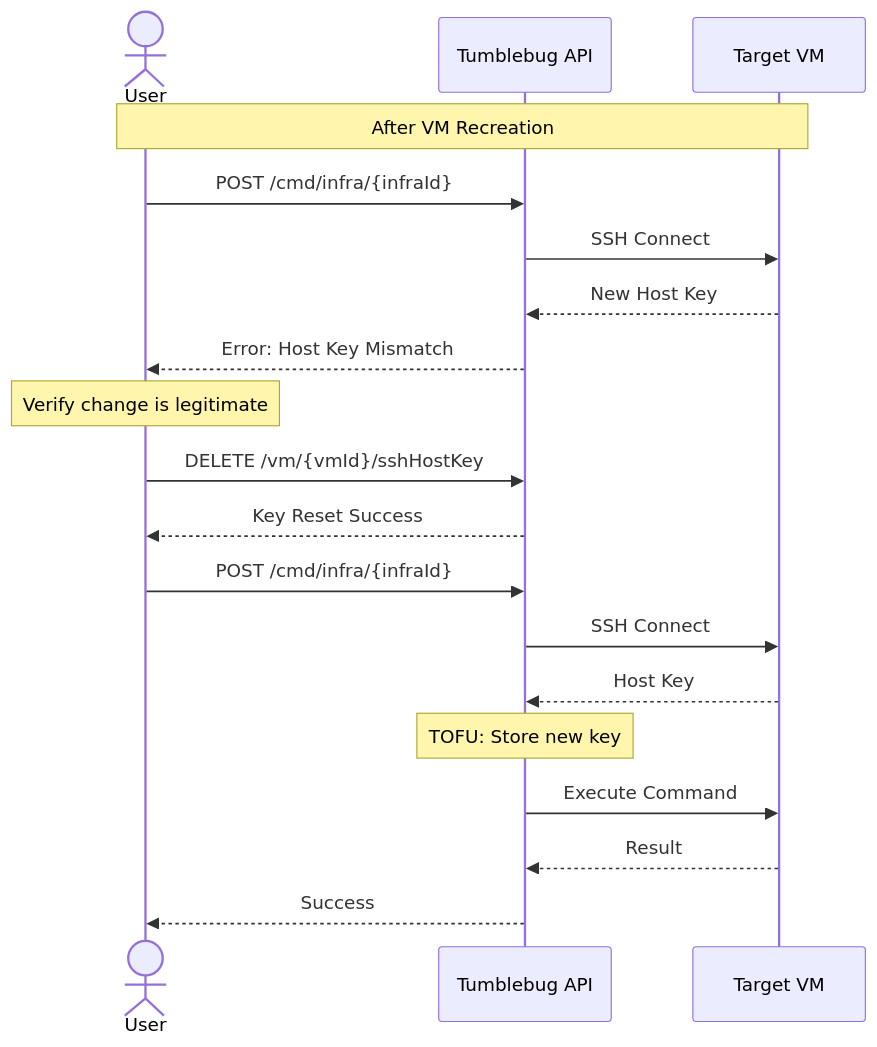
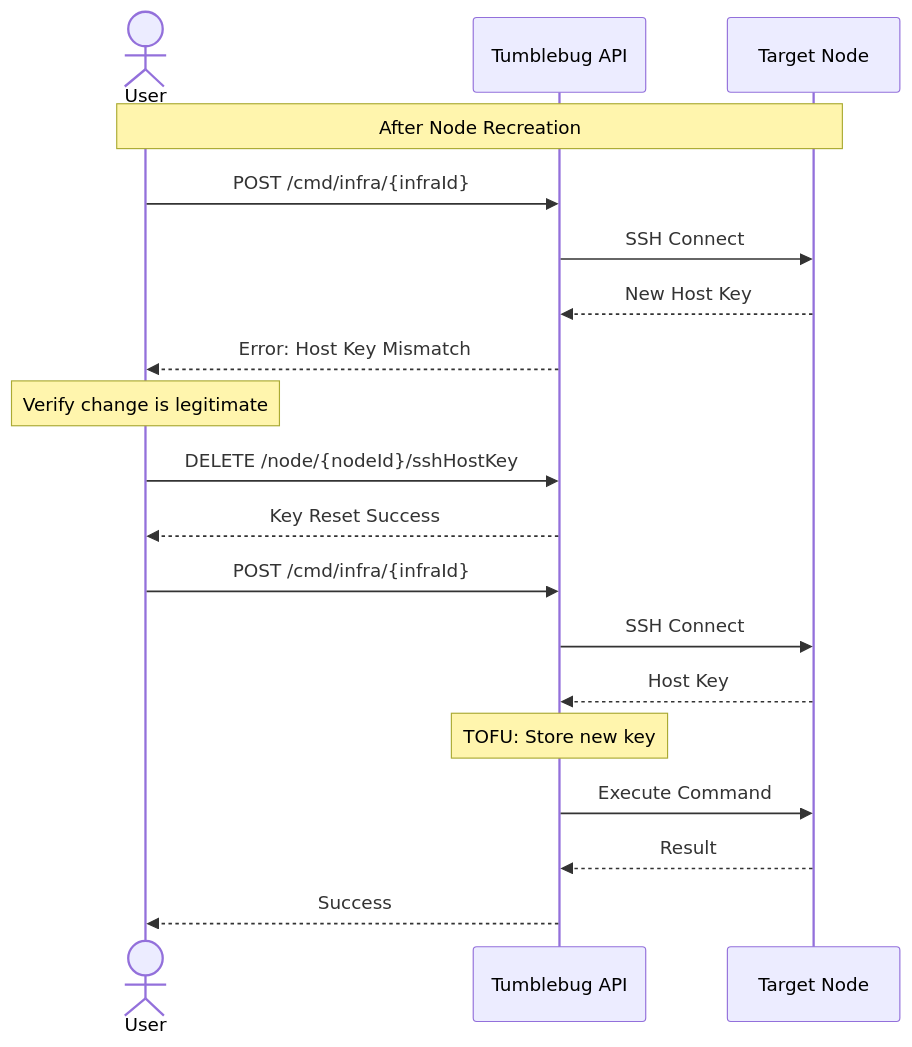
One commit to cloud-barista/cb-tumblebug changed the eighth of 8 diagrams in docs/feature_guide/remote-command-and-file-transfer.md. Above: the diagram before and after it, drawn with Mermaid. The commit also changed other lines of this file and 81 other files, not shown here.

````diff
--- a/docs/feature_guide/remote-command-and-file-transfer.md
+++ b/docs/feature_guide/remote-command-and-file-transfer.md
@@ -430,26 +430,26 @@
 ```mermaid
 sequenceDiagram
     actor User
     participant API as Tumblebug API
-    participant VM as Target VM
+    participant ND as Target Node
     
-    Note over User,VM: After VM Recreation
+    Note over User,ND: After Node Recreation
     
     User->>API: POST /cmd/infra/{infraId}
-    API->>VM: SSH Connect
-    VM-->>API: New Host Key
+    API->>ND: SSH Connect
+    ND-->>API: New Host Key
     API-->>User: Error: Host Key Mismatch
     
     Note over User: Verify change is legitimate
     
-    User->>API: DELETE /vm/{vmId}/sshHostKey
+    User->>API: DELETE /node/{nodeId}/sshHostKey
     API-->>User: Key Reset Success
     
     User->>API: POST /cmd/infra/{infraId}
-    API->>VM: SSH Connect
-    VM-->>API: Host Key
+    API->>ND: SSH Connect
+    ND-->>API: Host Key
     Note over API: TOFU: Store new key
-    API->>VM: Execute Command
-    VM-->>API: Result
+    API->>ND: Execute Command
+    ND-->>API: Result
     API-->>User: Success
 ```
````
